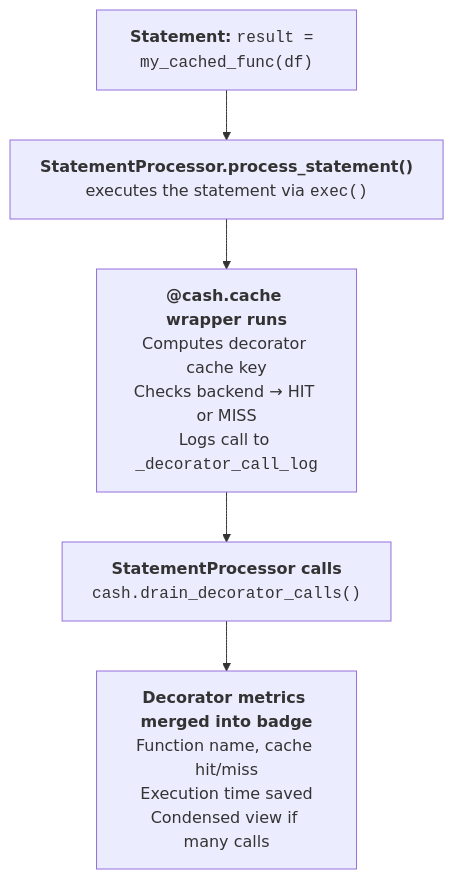
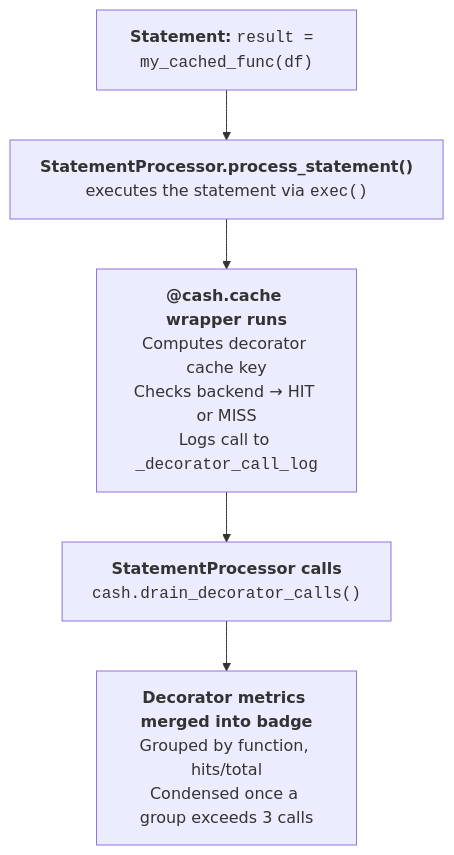
One commit to galgtonold/cash changed the diagram in docs/how-it-works/decorator-path.md. Above: the diagram before and after it, drawn with Mermaid. The commit also changed other lines of this file and 9 other files, not shown here.

````diff
--- a/docs/how-it-works/decorator-path.md
+++ b/docs/how-it-works/decorator-path.md
@@ -70,9 +106,9 @@
 ```mermaid
 flowchart TD
     STMT["<b>Statement:</b> <code>result = my_cached_func(df)</code>"]
     SP["<b>StatementProcessor.process_statement()</b><br/>executes the statement via <code>exec()</code>"]
     WRAP["<b>@cash.cache wrapper runs</b><br/>Computes decorator cache key<br/>Checks backend → HIT or MISS<br/>Logs call to <code>_decorator_call_log</code>"]
     DRAIN["<b>StatementProcessor calls</b><br/><code>cash.drain_decorator_calls()</code>"]
-    MERGE["<b>Decorator metrics merged into badge</b><br/>Function name, cache hit/miss<br/>Execution time saved<br/>Condensed view if many calls"]
+    MERGE["<b>Decorator metrics merged into badge</b><br/>Grouped by function, hits/total<br/>Condensed once a group exceeds 3 calls"]
     STMT --> SP --> WRAP --> DRAIN --> MERGE
 ```
````
